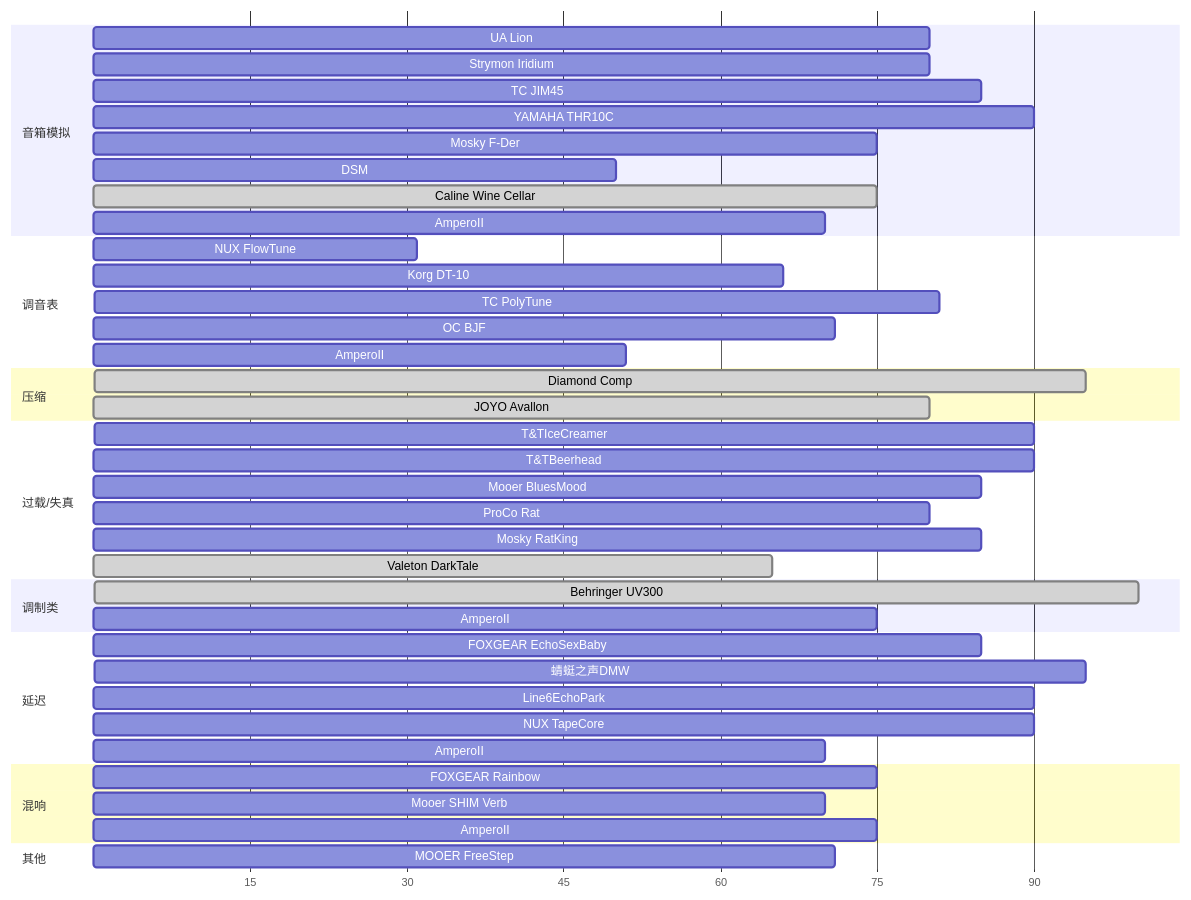
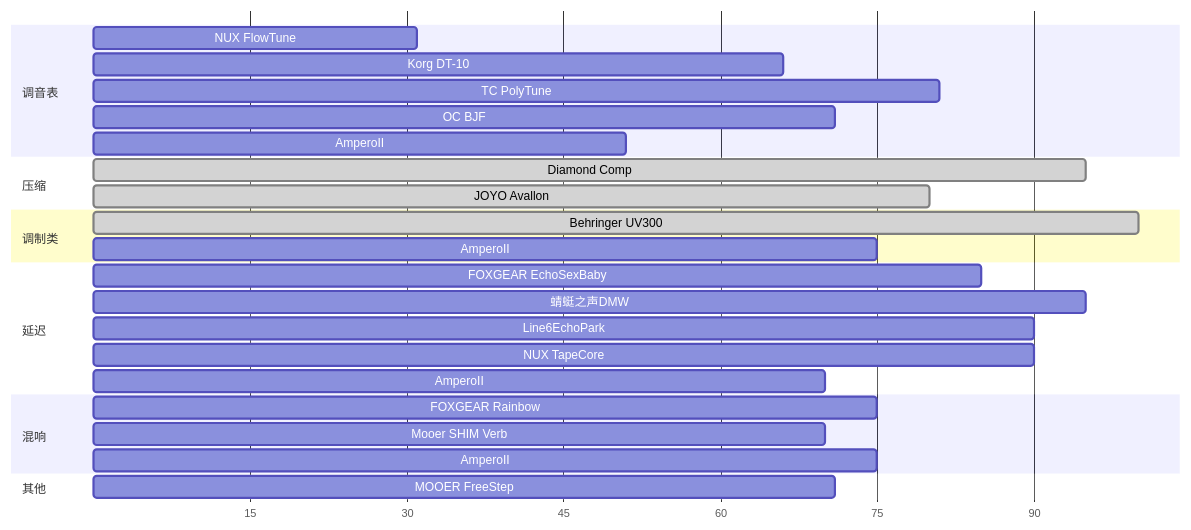
One commit to beiboogie/beiboogie.github.io changed the second of 2 diagrams in src/content/blog/hidden/北的音乐设备主观评分.md. Above: the diagram before and after it, drawn with Mermaid. The commit also changed 5 other files, not shown here.

````diff
--- a/src/content/blog/hidden/北的音乐设备主观评分.md
+++ b/src/content/blog/hidden/北的音乐设备主观评分.md
@@ -57,53 +57,36 @@
 ``` mermaid
 gantt
     dateFormat X
     axisFormat %s
-
-    section 音箱模拟
-    UA Lion :55, 80
-    Strymon Iridium :55, 80
-    TC JIM45 :60, 85
-    YAMAHA THR10C :50, 90
-    Mosky F-Der :45, 75
-    DSM :20, 50
-    Caline Wine Cellar: done, 60, 75
-    AmperoII: 35, 70
     
     section 调音表
     NUX FlowTune: 30, 31
     Korg DT-10: 65, 66
     TC PolyTune: 80, 81
     OC BJF: 70, 71
     AmperoII: 50, 51
     
     section 压缩
     Diamond Comp: done, 75, 95
     JOYO Avallon: done, 60, 80
     
-    section 过载/失真
-    T&TIceCreamer: 75, 90
-    T&TBeerhead: 55, 90
-    Mooer BluesMood: 60, 85
-    ProCo Rat: 60,80
-    Mosky RatKing: 60, 85
-    Valeton DarkTale: done, 55, 65
     
     section 调制类
     Behringer UV300: done, 75, 100
     AmperoII: 50, 75
     
     section 延迟
     FOXGEAR EchoSexBaby: 70, 85
     蜻蜓之声DMW: 75, 95
     Line6EchoPark: 65, 90
     NUX TapeCore: 65, 90
     AmperoII: 50, 70
     
     section 混响
     FOXGEAR Rainbow: 60, 75
     Mooer SHIM Verb: 55, 70
     AmperoII: 50, 75
     
     section 其他
     MOOER FreeStep: 70, 71
 ```
````
